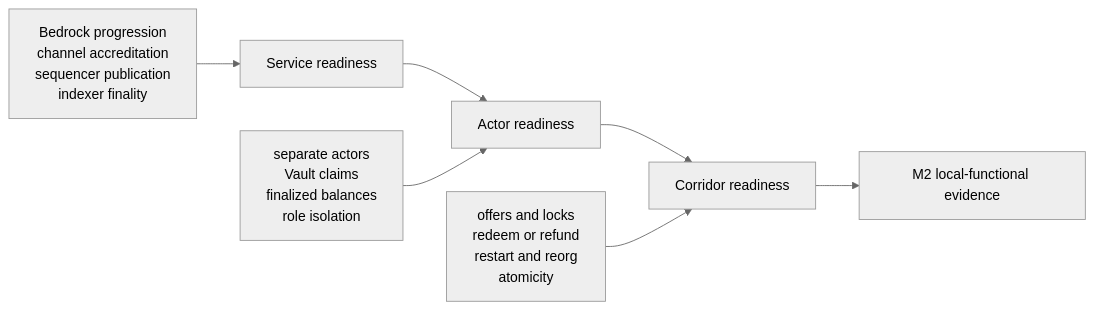
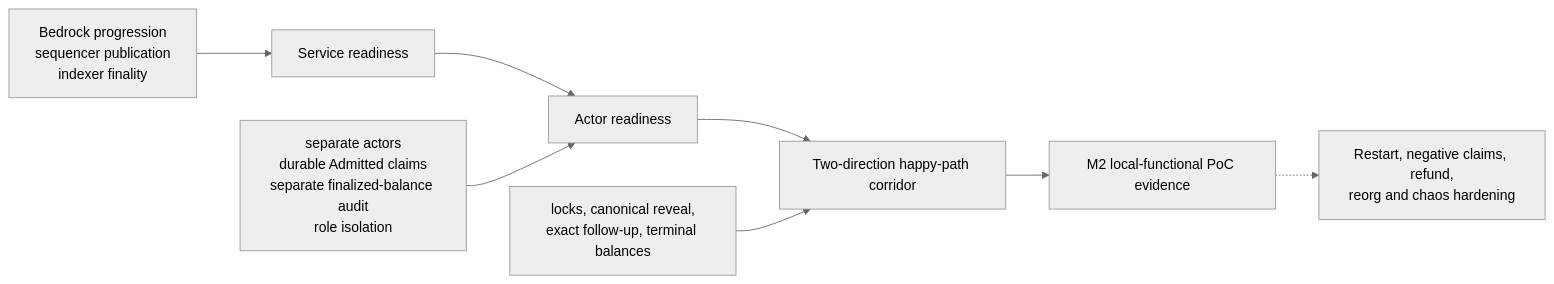
Before and after one commit to gateway-fm/lez-atomic-swaps: the third of 3 diagrams in docs/architecture/0025-independent-lez-v02-vault-onboarding.md, drawn with Mermaid (neutral theme). The commit also changed other lines of this file and 12 other files, not shown here.

Commit message:
docs: reconcile M2 architecture with canonical evidence

````diff
--- a/docs/architecture/0025-independent-lez-v02-vault-onboarding.md
+++ b/docs/architecture/0025-independent-lez-v02-vault-onboarding.md
@@ -223,10 +220,11 @@
 ```mermaid
 flowchart LR
     Service["Service readiness"] --> Actor["Actor readiness"]
-    Actor --> Corridor["Corridor readiness"]
-    Corridor --> M2["M2 local-functional evidence"]
+    Actor --> Happy["Two-direction happy-path corridor"]
+    Happy --> M2["M2 local-functional PoC evidence"]
+    M2 -.-> Hardening["Restart, negative claims, refund,<br/>reorg and chaos hardening"]
 
-    ServiceNote["Bedrock progression<br/>channel accreditation<br/>sequencer publication<br/>indexer finality"] --> Service
-    ActorNote["separate actors<br/>Vault claims<br/>finalized balances<br/>role isolation"] --> Actor
-    CorridorNote["offers and locks<br/>redeem or refund<br/>restart and reorg<br/>atomicity"] --> Corridor
+    ServiceNote["Bedrock progression<br/>sequencer publication<br/>indexer finality"] --> Service
+    ActorNote["separate actors<br/>durable Admitted claims<br/>separate finalized-balance audit<br/>role isolation"] --> Actor
+    HappyNote["locks, canonical reveal,<br/>exact follow-up, terminal balances"] --> Happy
 ```
````
